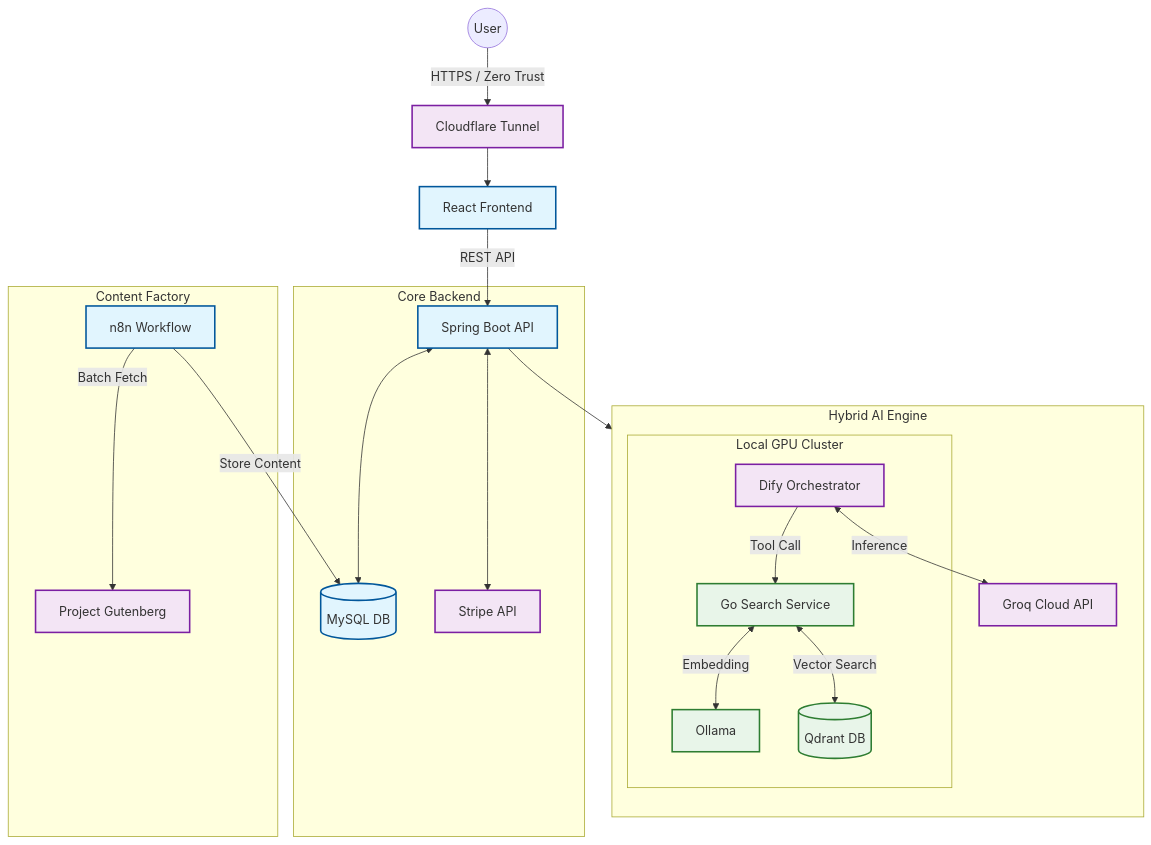
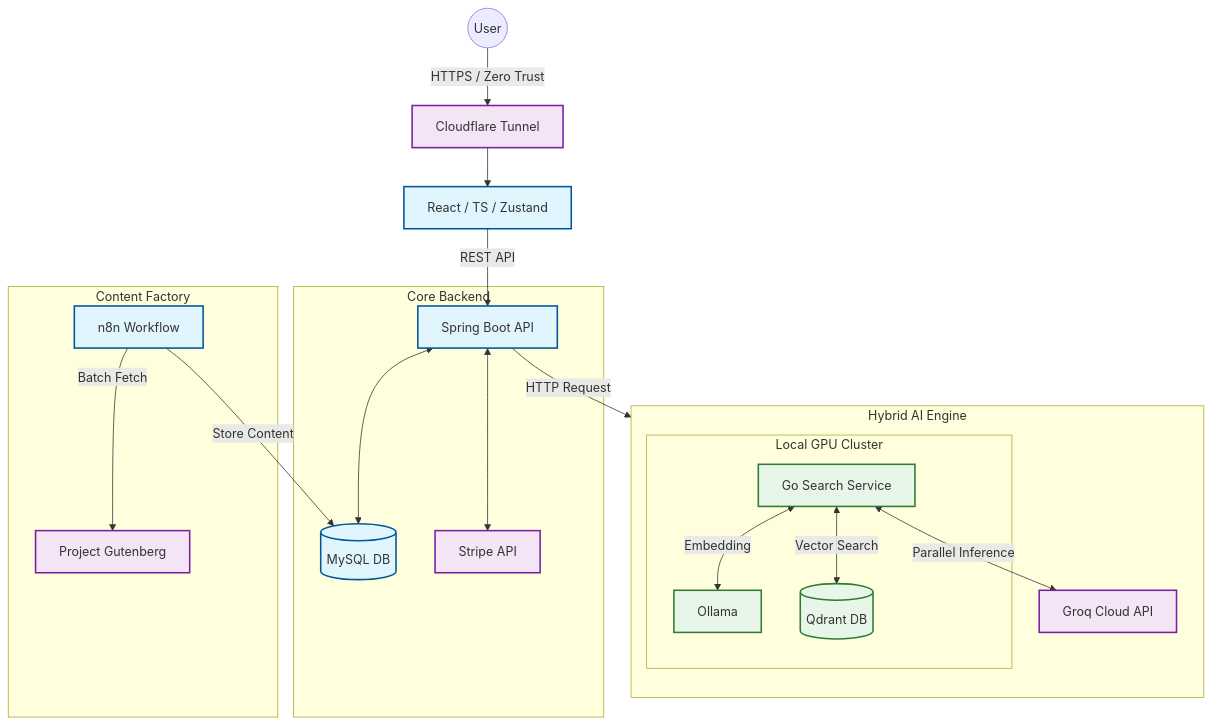
The diagram in README.md (xtq453xs-star/smartbrief), drawn with Mermaid before and after one commit. The commit also changed other lines of this file, not shown here.

````diff
--- a/README.md
+++ b/README.md
@@ -84,36 +83,35 @@
 ```mermaid
 graph TD
     User((User)) -->|HTTPS / Zero Trust| CF[Cloudflare Tunnel]
-    CF --> FE[React Frontend]
+    CF --> FE[React / TS / Zustand]
     FE -->|REST API| BE[Spring Boot API]
 
     subgraph Core_Backend [Core Backend]
         BE <--> MySQL[(MySQL DB)]
         BE <--> Stripe[Stripe API]
     end
 
     subgraph Hybrid_AI_Engine [Hybrid AI Engine]
         direction TB
-        BE --> Dify[Dify Orchestrator]
-        Dify <-->|Inference| Groq[Groq Cloud API]
+        BE -->|HTTP Request| GO[Go Search Service]
+        GO <-->|Parallel Inference| Groq[Groq Cloud API]
         
         subgraph Local_GPU_Cluster [Local GPU Cluster]
-            Dify -->|Tool Call| GO[Go Search Service]
             GO <-->|Embedding| Ollama[Ollama]
             GO <-->|Vector Search| Qdrant[(Qdrant DB)]
         end
     end
 
     subgraph Content_Factory [Content Factory]
         n8n[n8n Workflow] -->|Batch Fetch| Gutenberg[Project Gutenberg]
         n8n -->|Store Content| MySQL
     end
 
     classDef container fill:#e1f5fe,stroke:#01579b,stroke-width:2px
     classDef external fill:#f3e5f5,stroke:#7b1fa2,stroke-width:2px
     classDef local fill:#e8f5e9,stroke:#2e7d32,stroke-width:2px
     
     class FE,BE,MySQL,n8n container
-    class CF,Stripe,Groq,Dify,Gutenberg external
+    class CF,Stripe,Groq,Gutenberg external
     class GO,Ollama,Qdrant local
 ```
````
